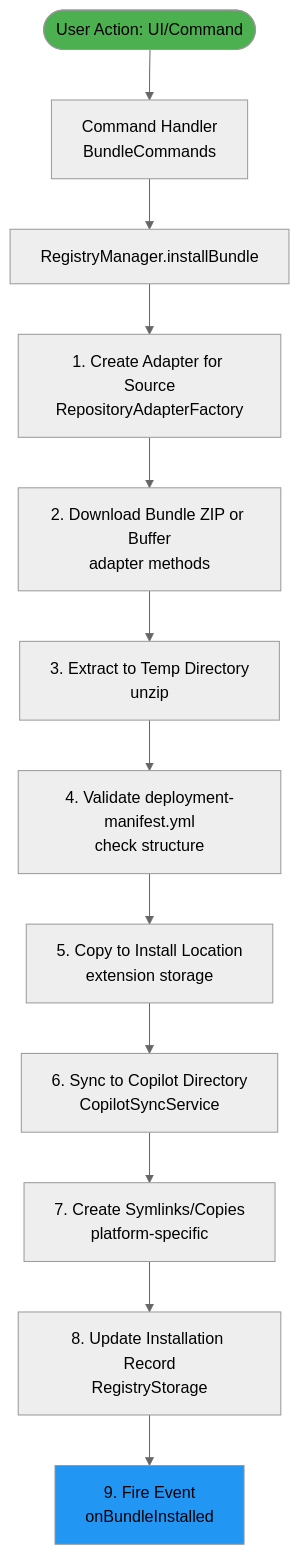
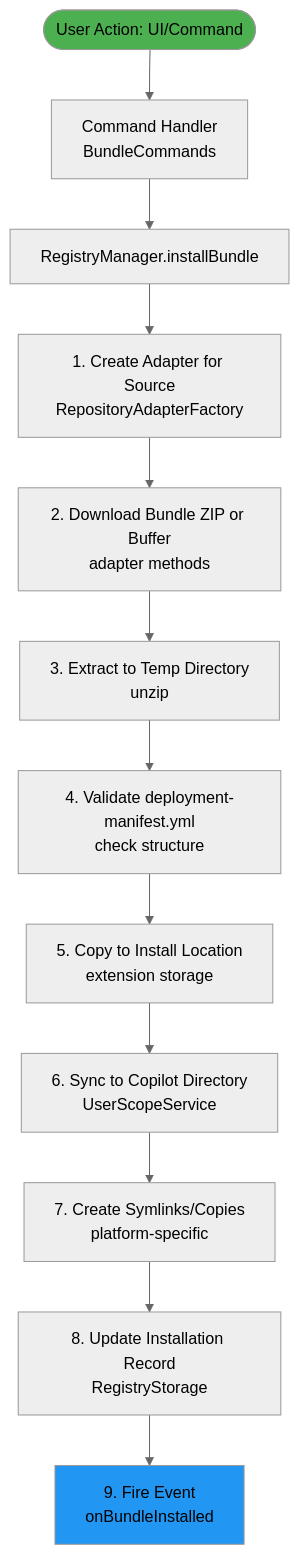
Before and after one commit to gblanc-1a/prompt-registry: the first of 4 diagrams in docs/contributor-guide/core-flows.md, drawn with Mermaid (neutral theme). The commit also changed other lines of this file and 20 other files, not shown here.

````diff
--- a/docs/contributor-guide/core-flows.md
+++ b/docs/contributor-guide/core-flows.md
@@ -26,22 +26,22 @@
 ```mermaid
 flowchart TD
     START([User Action: UI/Command])
     CMD[Command Handler<br/>BundleCommands]
     RM[RegistryManager.installBundle]
     
     START --> CMD
     CMD --> RM
     
     RM --> STEP1[1. Create Adapter for Source<br/>RepositoryAdapterFactory]
     STEP1 --> STEP2[2. Download Bundle ZIP or Buffer<br/>adapter methods]
     STEP2 --> STEP3[3. Extract to Temp Directory<br/>unzip]
     STEP3 --> STEP4[4. Validate deployment-manifest.yml<br/>check structure]
     STEP4 --> STEP5[5. Copy to Install Location<br/>extension storage]
-    STEP5 --> STEP6[6. Sync to Copilot Directory<br/>CopilotSyncService]
+    STEP5 --> STEP6[6. Sync to Copilot Directory<br/>UserScopeService]
     STEP6 --> STEP7[7. Create Symlinks/Copies<br/>platform-specific]
     STEP7 --> STEP8[8. Update Installation Record<br/>RegistryStorage]
     STEP8 --> STEP9[9. Fire Event<br/>onBundleInstalled]
     
     style START fill:#4CAF50
     style STEP9 fill:#2196F3
 ```
````
